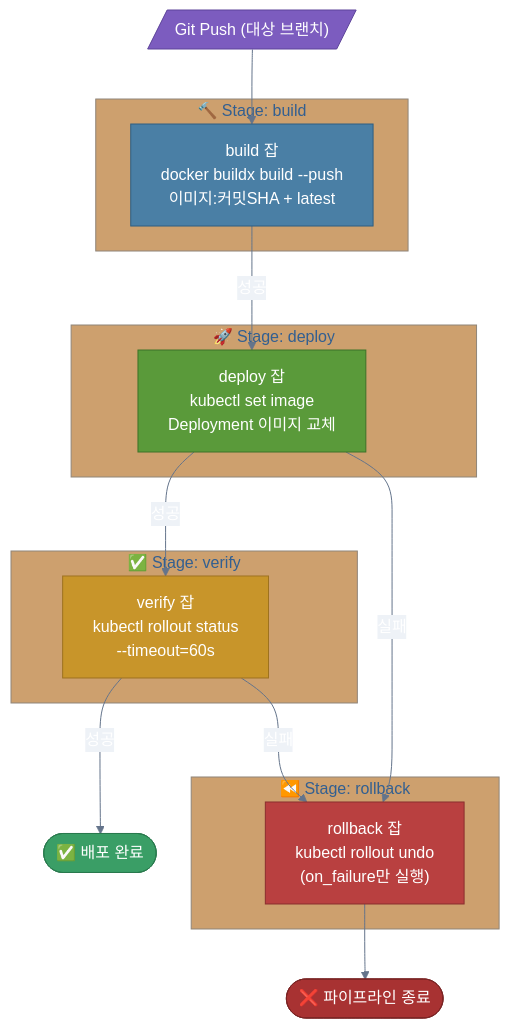
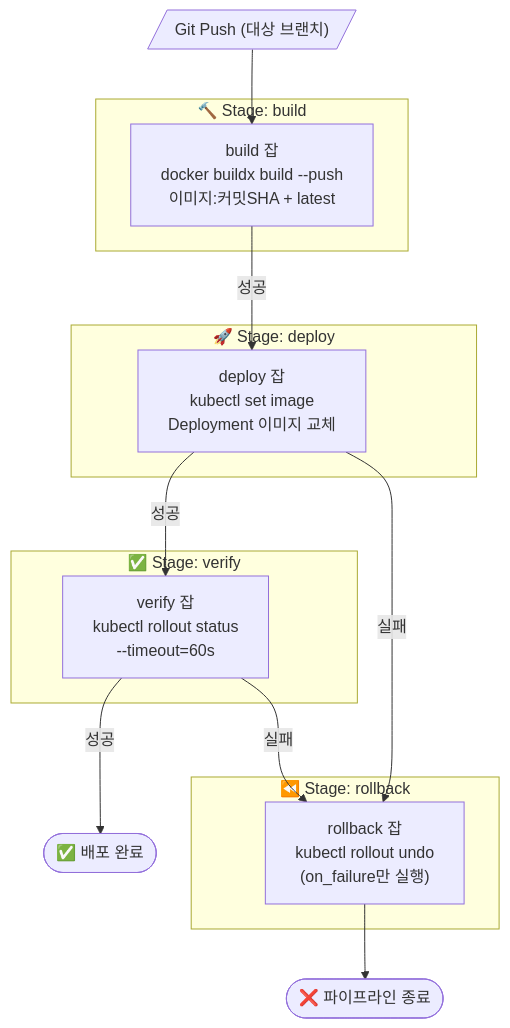
The second of 8 diagrams in posts/study/infra/gitlab-cicd-guide.md (Seobway23/Seobway23.github.io), drawn with Mermaid before and after one commit. The commit also changed other lines of this file and 21 other files, not shown here.

Commit message:
:sparkles: mermaid, code,inline edit

````diff
--- a/posts/study/infra/gitlab-cicd-guide.md
+++ b/posts/study/infra/gitlab-cicd-guide.md
@@ -70,44 +65,31 @@
 ```mermaid
-%%{init: {'theme': 'base', 'themeVariables': {'primaryColor': '#5b8ec7', 'primaryTextColor': '#fff', 'primaryBorderColor': '#3d6fa5', 'lineColor': '#64748b', 'edgeLabelBackground': '#eef2f7'}}}%%
+%% desc: 파이프라인 전체 흐름 — build → deploy → verify, 실패 시 rollback 자동 실행
 flowchart TD
     PUSH[/"Git Push (대상 브랜치)"/] --> BUILD
 
     subgraph STAGE_BUILD["🔨 Stage: build"]
         BUILD["build 잡\ndocker buildx build --push\n이미지:커밋SHA + latest"]
     end
 
     subgraph STAGE_DEPLOY["🚀 Stage: deploy"]
         DEPLOY["deploy 잡\nkubectl set image\nDeployment 이미지 교체"]
     end
 
     subgraph STAGE_VERIFY["✅ Stage: verify"]
         VERIFY["verify 잡\nkubectl rollout status\n--timeout=60s"]
     end
 
     subgraph STAGE_ROLLBACK["⏪ Stage: rollback"]
         ROLLBACK["rollback 잡\nkubectl rollout undo\n(on_failure만 실행)"]
     end
 
     BUILD -->|"성공"| DEPLOY
     DEPLOY -->|"성공"| VERIFY
     VERIFY -->|"성공"| DONE(["✅ 배포 완료"])
     VERIFY -->|"실패"| ROLLBACK
     DEPLOY -->|"실패"| ROLLBACK
     ROLLBACK --> FAIL(["❌ 파이프라인 종료"])
 
-    classDef stage_build fill:#4a7fa5,stroke:#2d5e82,color:#fff
-    classDef stage_deploy fill:#5a9a3a,stroke:#3d7228,color:#fff
-    classDef stage_verify fill:#c8952a,stroke:#9e7220,color:#fff
-    classDef stage_rollback fill:#b94040,stroke:#8a2e2e,color:#fff
-    classDef terminal_ok fill:#3a9e66,stroke:#2a7a4e,color:#fff
-    classDef terminal_fail fill:#a83232,stroke:#7a2424,color:#fff
-    classDef trigger fill:#7c5cbf,stroke:#5d449a,color:#fff
 
-    class BUILD stage_build
-    class DEPLOY stage_deploy
-    class VERIFY stage_verify
-    class ROLLBACK stage_rollback
-    class DONE terminal_ok
-    class FAIL terminal_fail
-    class PUSH trigger
+
 ```
````
